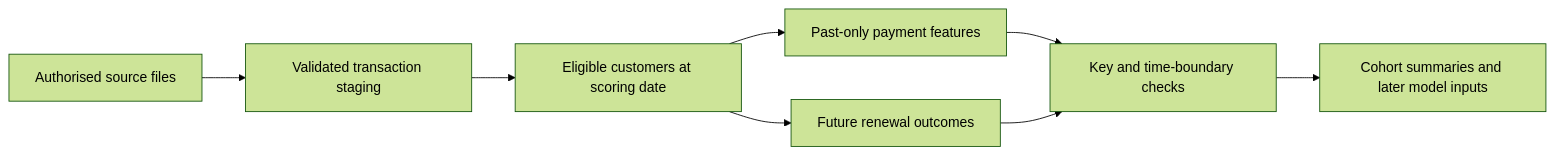
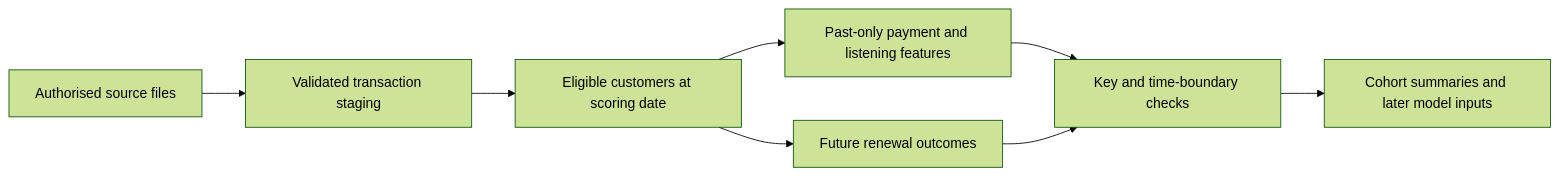
Before and after one commit to Jeks042/subscription-churn-retention: the diagram in reports/progress.md, drawn with Mermaid (forest theme). The commit also changed other lines of this file and 19 other files, not shown here.

Commit message:
Complete listening features, training-only preparation and milestone 2 validation

````diff
--- a/reports/progress.md
+++ b/reports/progress.md
@@ -9,10 +9,10 @@
 ```mermaid
 flowchart LR
   A[Authorised source files] --> B[Validated transaction staging]
   B --> C[Eligible customers at scoring date]
-  C --> D[Past-only payment features]
+  C --> D[Past-only payment and listening features]
   C --> E[Future renewal outcomes]
   D --> F[Key and time-boundary checks]
   E --> F
   F --> G[Cohort summaries and later model inputs]
 ```
````
